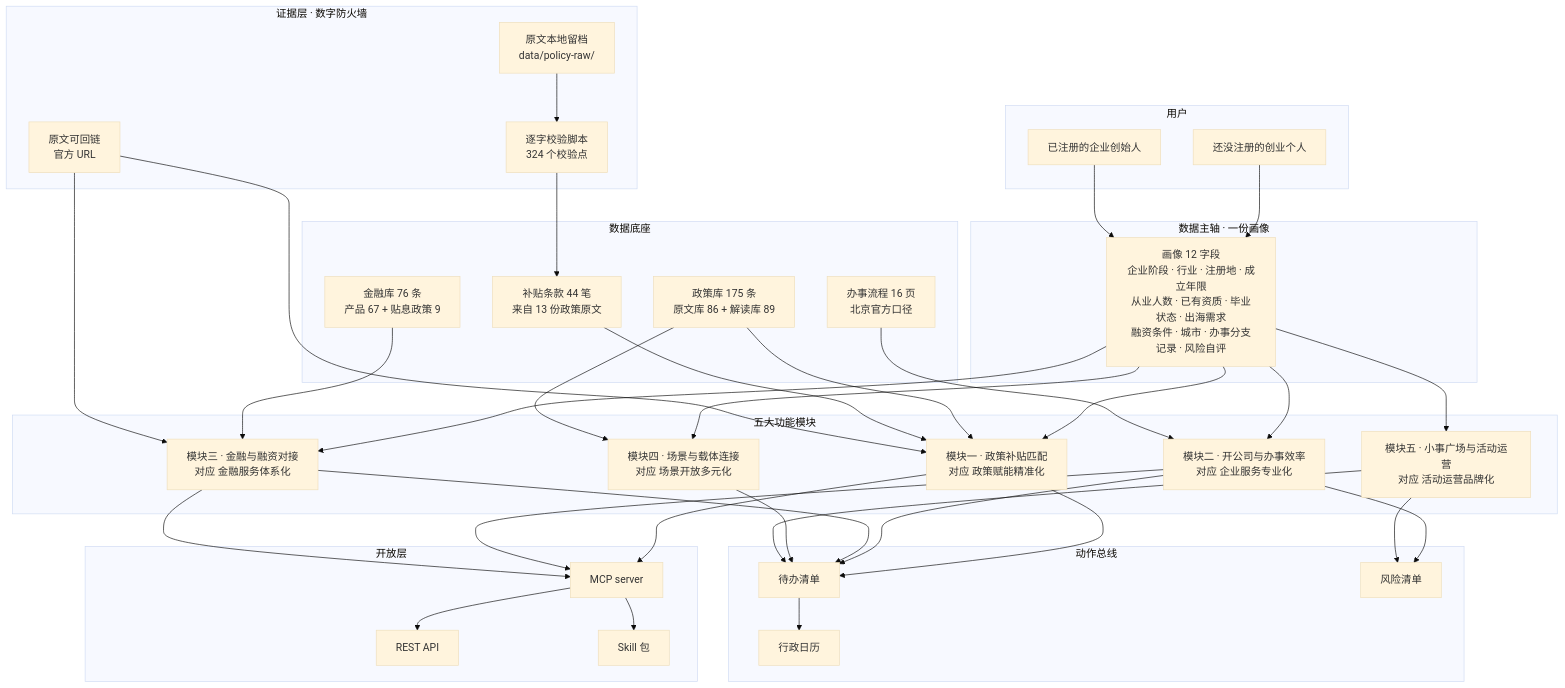
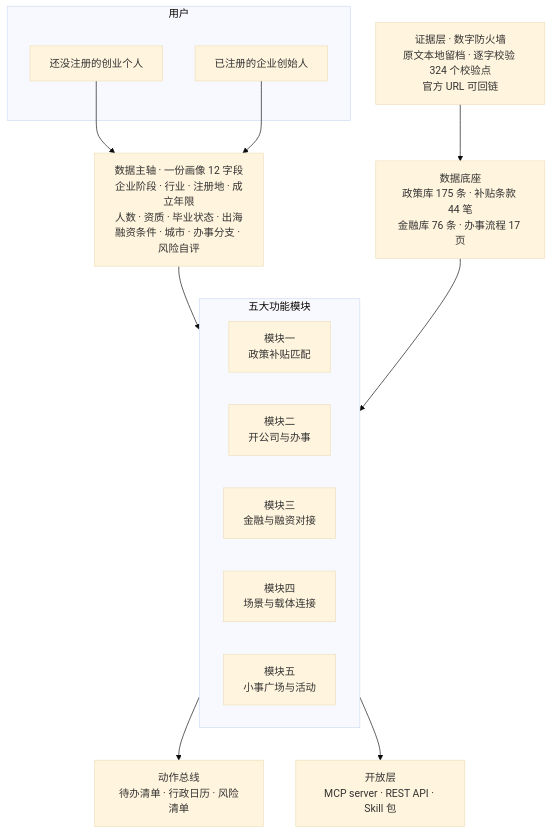
Before and after one commit to 0xmandy/shenicest-beichen-chuangyedazi: the first of 11 diagrams in docs/shenicest-北辰-创业搭子-产品方案文档-Claude-2026-08-29.md, drawn with Mermaid (base theme). The commit also changed other lines of this file and 4 other files, not shown here.

First line of the commit message:
docs: 产品方案文档出图与出 docx 两个脚本立文，README 补条目

````diff
--- a/docs/shenicest-北辰-创业搭子-产品方案文档-Claude-2026-08-29.md
+++ b/docs/shenicest-北辰-创业搭子-产品方案文档-Claude-2026-08-29.md
@@ -114,78 +114,33 @@
 ```mermaid
 flowchart TB
     subgraph U["用户"]
         U1["还没注册的创业个人"]
         U2["已注册的企业创始人"]
     end
 
-    subgraph AXIS["数据主轴 · 一份画像"]
-        P["画像 12 字段<br/>企业阶段 · 行业 · 注册地 · 成立年限<br/>从业人数 · 已有资质 · 毕业状态 · 出海需求<br/>融资条件 · 城市 · 办事分支记录 · 风险自评"]
+    P["数据主轴 · 一份画像 12 字段<br/>企业阶段 · 行业 · 注册地 · 成立年限<br/>人数 · 资质 · 毕业状态 · 出海<br/>融资条件 · 城市 · 办事分支 · 风险自评"]
+
+    subgraph MOD["五大功能模块"]
+        M1["模块一<br/>政策补贴匹配"]
+        M2["模块二<br/>开公司与办事"]
+        M3["模块三<br/>金融与融资对接"]
+        M4["模块四<br/>场景与载体连接"]
+        M5["模块五<br/>小事广场与活动"]
     end
 
-    subgraph MOD["五大功能模块"]
-        M1["模块一 · 政策补贴匹配<br/>对应 政策赋能精准化"]
-        M2["模块二 · 开公司与办事效率<br/>对应 企业服务专业化"]
-        M3["模块三 · 金融与融资对接<br/>对应 金融服务体系化"]
-        M4["模块四 · 场景与载体连接<br/>对应 场景开放多元化"]
-        M5["模块五 · 小事广场与活动运营<br/>对应 活动运营品牌化"]
-    end
+    BUS["动作总线<br/>待办清单 · 行政日历 · 风险清单"]
 
-    subgraph BUS["动作总线"]
-        T["待办清单"]
-        C["行政日历"]
-        R["风险清单"]
-    end
+    DATA["数据底座<br/>政策库 175 条 · 补贴条款 44 笔<br/>金融库 76 条 · 办事流程 17 页"]
 
-    subgraph DATA["数据底座"]
-        D1["政策库 175 条<br/>原文库 86 + 解读库 89"]
-        D2["补贴条款 44 笔<br/>来自 13 份政策原文"]
-        D3["金融库 76 条<br/>产品 67 + 贴息政策 9"]
-        D4["办事流程 16 页<br/>北京官方口径"]
-    end
+    EV["证据层 · 数字防火墙<br/>原文本地留档 · 逐字校验 324 个校验点<br/>官方 URL 可回链"]
 
-    subgraph EV["证据层 · 数字防火墙"]
-        E1["原文本地留档<br/>data/policy-raw/"]
-        E2["逐字校验脚本<br/>324 个校验点"]
-        E3["原文可回链<br/>官方 URL"]
-    end
-
-    subgraph OPEN["开放层"]
-        O1["MCP server"]
-        O2["REST API"]
-        O3["Skill 包"]
-    end
+    OPEN["开放层<br/>MCP server · REST API · Skill 包"]
 
     U1 --> P
     U2 --> P
-    P --> M1
-    P --> M2
-    P --> M3
-    P --> M4
-    P --> M5
-
-    M1 --> T
-    M2 --> T
-    M3 --> T
-    M4 --> T
-    M5 --> T
-    T --> C
-    M2 --> R
-    M5 --> R
-
-    D1 --> M1
-    D2 --> M1
-    D3 --> M3
-    D4 --> M2
-    D1 --> M4
-
-    E1 --> E2
-    E2 --> D2
-    E3 --> M1
-    E3 --> M3
-
-    M1 --> O1
-    M2 --> O1
-    M3 --> O1
-    O1 --> O2
-    O1 --> O3
+    P --> MOD
+    DATA --> MOD
+    EV --> DATA
+    MOD --> BUS
+    MOD --> OPEN
 ```
````
